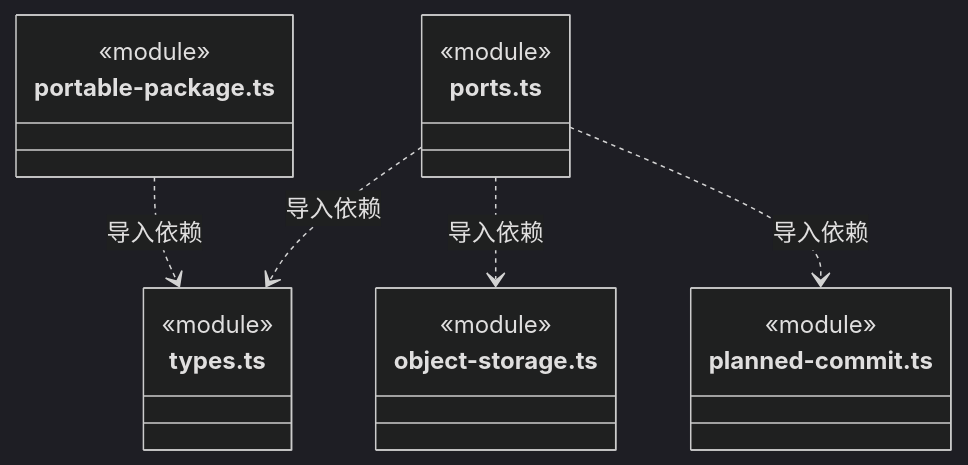
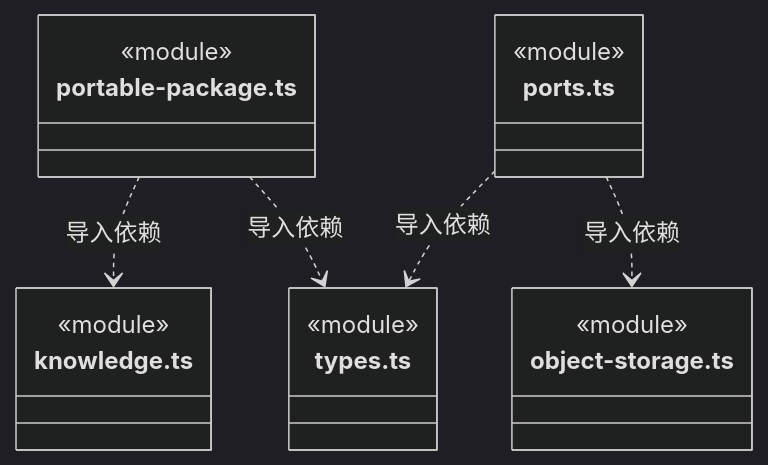
One commit to nan023062/cbim changed diagram 30 of 32 in src/backend/core/knowledge/ARCHITECTURE.md. Above: the diagram before and after it, drawn with Mermaid (dark theme). The commit also changed other lines of this file and 36 other files, not shown here.

````diff
--- a/src/backend/core/knowledge/ARCHITECTURE.md
+++ b/src/backend/core/knowledge/ARCHITECTURE.md
@@ -704,22 +704,22 @@
 ```mermaid
 classDiagram
 class N_src_backend_core_knowledge_portable_package_ts["portable-package.ts"] {
+  <<module>>
+}
+class N_src_backend_core_knowledge_knowledge_ts["knowledge.ts"] {
   <<module>>
 }
 class N_src_backend_core_knowledge_types_ts["types.ts"] {
   <<module>>
 }
 class N_src_backend_core_knowledge_ports_ts["ports.ts"] {
   <<module>>
 }
 class N_src_backend_core_knowledge_object_storage_ts["object-storage.ts"] {
   <<module>>
 }
-class N_src_backend_core_knowledge_planned_commit_ts["planned-commit.ts"] {
-  <<module>>
-}
+N_src_backend_core_knowledge_portable_package_ts ..> N_src_backend_core_knowledge_knowledge_ts : 导入依赖
 N_src_backend_core_knowledge_portable_package_ts ..> N_src_backend_core_knowledge_types_ts : 导入依赖
 N_src_backend_core_knowledge_ports_ts ..> N_src_backend_core_knowledge_types_ts : 导入依赖
 N_src_backend_core_knowledge_ports_ts ..> N_src_backend_core_knowledge_object_storage_ts : 导入依赖
-N_src_backend_core_knowledge_ports_ts ..> N_src_backend_core_knowledge_planned_commit_ts : 导入依赖
 ```
````
